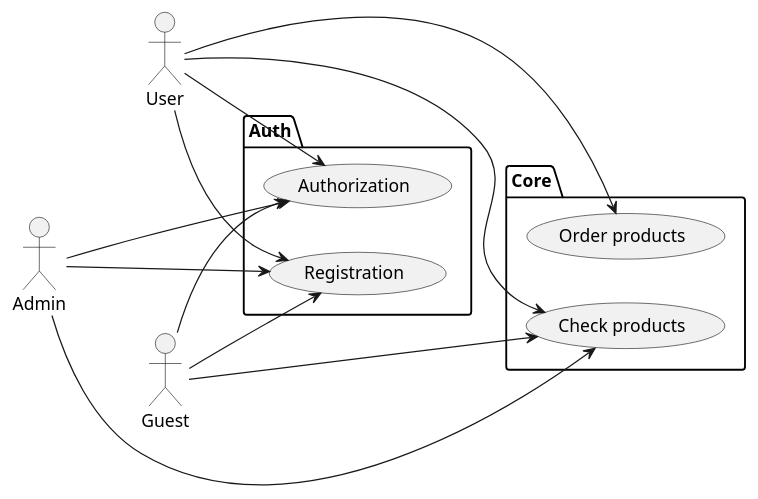
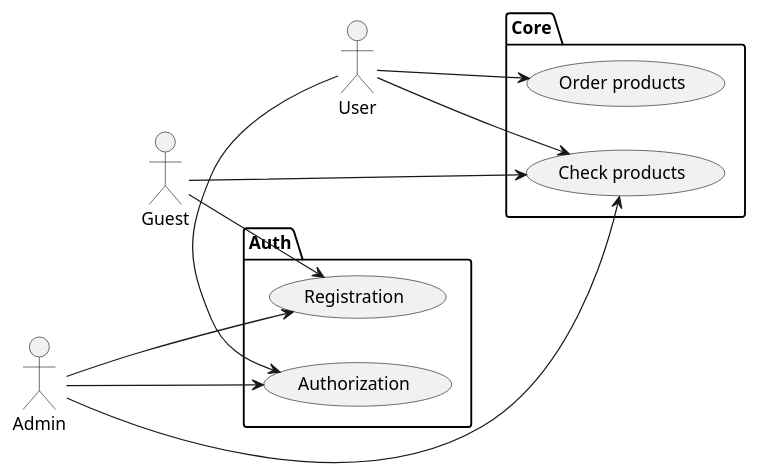
The diagram in book-house-server/src/main/resources/useCaseDiagramActorsAndActs.puml (dima666Sik/book-house), drawn with PlantUML before and after one commit. The commit also changed 1 other file, not shown here.

Commit message:
change some diagram

```diff
--- a/book-house-server/src/main/resources/useCaseDiagramActorsAndActs.puml
+++ b/book-house-server/src/main/resources/useCaseDiagramActorsAndActs.puml
@@ -1,31 +1,29 @@
 @startuml
 'https://plantuml.com/use-case-diagram
 
 left to right direction
 actor User
 actor Guest
 actor Admin
 
 package Core{
     (Check products) as (CP)
     (Order products) as (OP)
 }
 
 package Auth{
     (Authorization) as (Author)
     (Registration) as (Reg)
 }
 
 User -> (CP)
 User -> (OP)
-User --> (Reg)
 User -> (Author)
 
 Guest ---> (CP)
 Guest --> (Reg)
-Guest --> (Author)
 
 Admin ----> (CP)
 Admin ---> (Reg)
 Admin ---> (Author)
 @enduml
```
